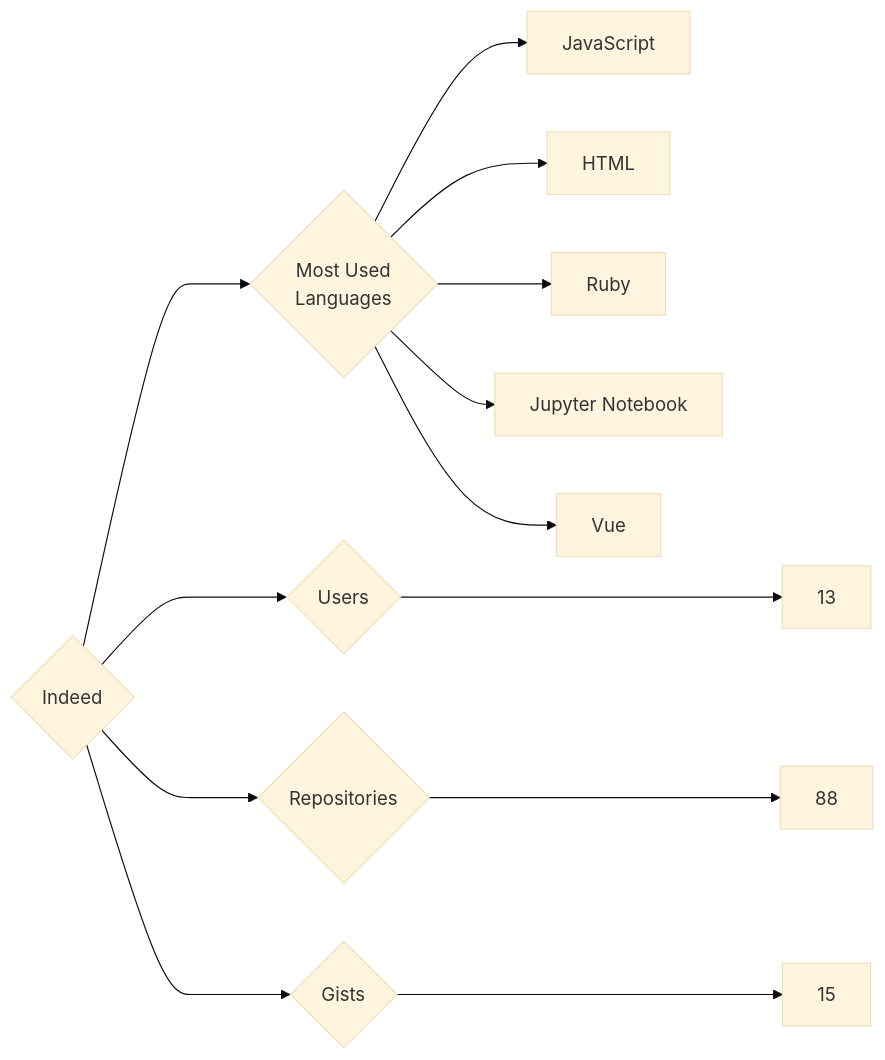
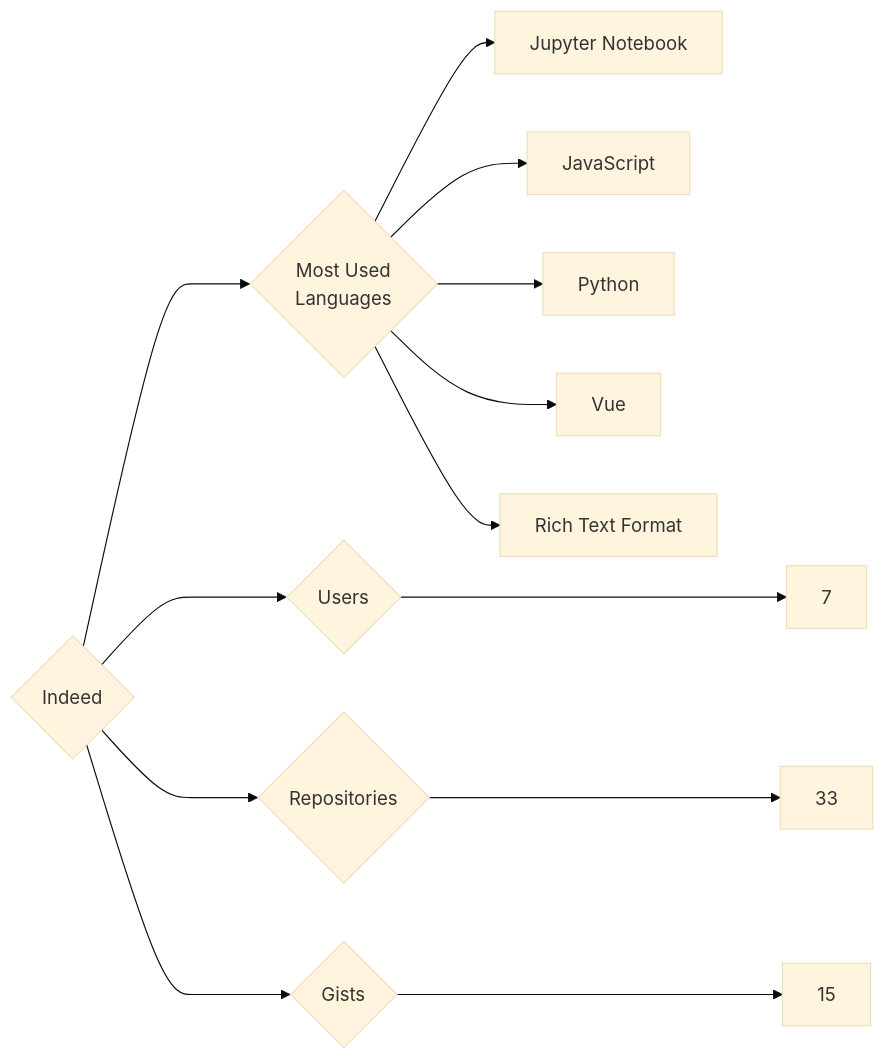
The diagram in targets/Indeed/README.md (trickest/insiders), drawn with Mermaid (base theme) before and after one commit. The commit also changed 715 other files, not shown here.

````diff
--- a/targets/Indeed/README.md
+++ b/targets/Indeed/README.md
@@ -3,13 +3,13 @@
 ```mermaid
 graph LR
 COMPANY_NAME{Indeed}
-COMPANY_NAME ---> U{Users} ---> UN[13]
-COMPANY_NAME ---> R{Repositories} ---> RN[88]
+COMPANY_NAME ---> U{Users} ---> UN[7]
+COMPANY_NAME ---> R{Repositories} ---> RN[33]
 COMPANY_NAME ---> G{Gists} ---> GN[15]
 COMPANY_NAME ---> ML{Most Used<br>Languages}
+ML --> Jupyter_Notebook[Jupyter Notebook]
 ML --> JavaScript[JavaScript]
-ML --> HTML[HTML]
-ML --> Ruby[Ruby]
-ML --> Jupyter_Notebook[Jupyter Notebook]
+ML --> Python[Python]
 ML --> Vue[Vue]
+ML --> Rich_Text_Format[Rich Text Format]
 ```
````
